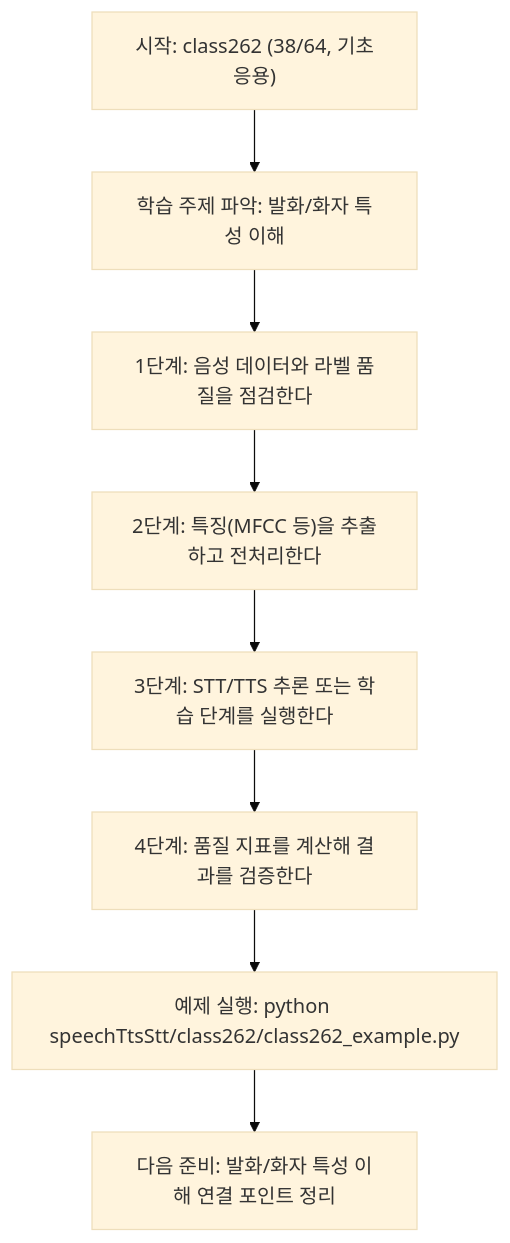
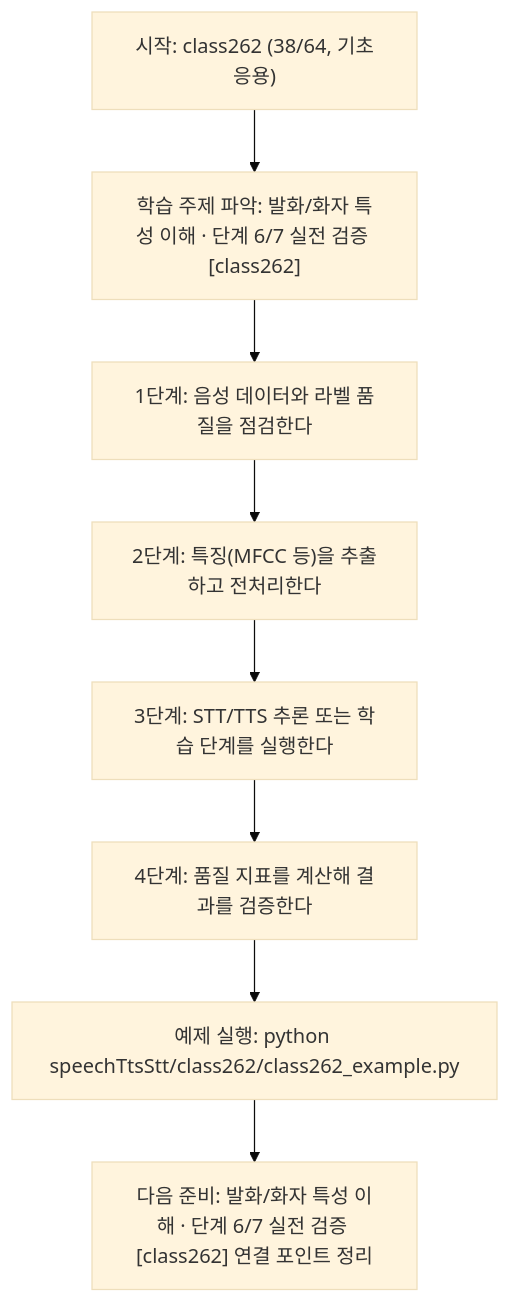
Before and after one commit to edumgt/Python-AI_Agent-Class: the diagram in speechTtsStt/class262/class262.md, drawn with Mermaid (base theme). The commit also changed other lines of this file and 522 other files, not shown here.

````diff
--- a/speechTtsStt/class262/class262.md
+++ b/speechTtsStt/class262/class262.md
@@ -114,18 +115,18 @@
 ```mermaid
 flowchart TD
 N1["시작: class262 (38/64, 기초응용)"]
-N2["학습 주제 파악: 발화/화자 특성 이해"]
+N2["학습 주제 파악: 발화/화자 특성 이해 · 단계 6/7 실전 검증 [class262]"]
 N3["1단계: 음성 데이터와 라벨 품질을 점검한다"]
 N4["2단계: 특징(MFCC 등)을 추출하고 전처리한다"]
 N5["3단계: STT/TTS 추론 또는 학습 단계를 실행한다"]
 N6["4단계: 품질 지표를 계산해 결과를 검증한다"]
 N7["예제 실행: python speechTtsStt/class262/class262_example.py"]
-N8["다음 준비: 발화/화자 특성 이해 연결 포인트 정리"]
+N8["다음 준비: 발화/화자 특성 이해 · 단계 6/7 실전 검증 [class262] 연결 포인트 정리"]
 N1 --> N2
 N2 --> N3
 N3 --> N4
 N4 --> N5
 N5 --> N6
 N6 --> N7
 N7 --> N8
 ```
````
